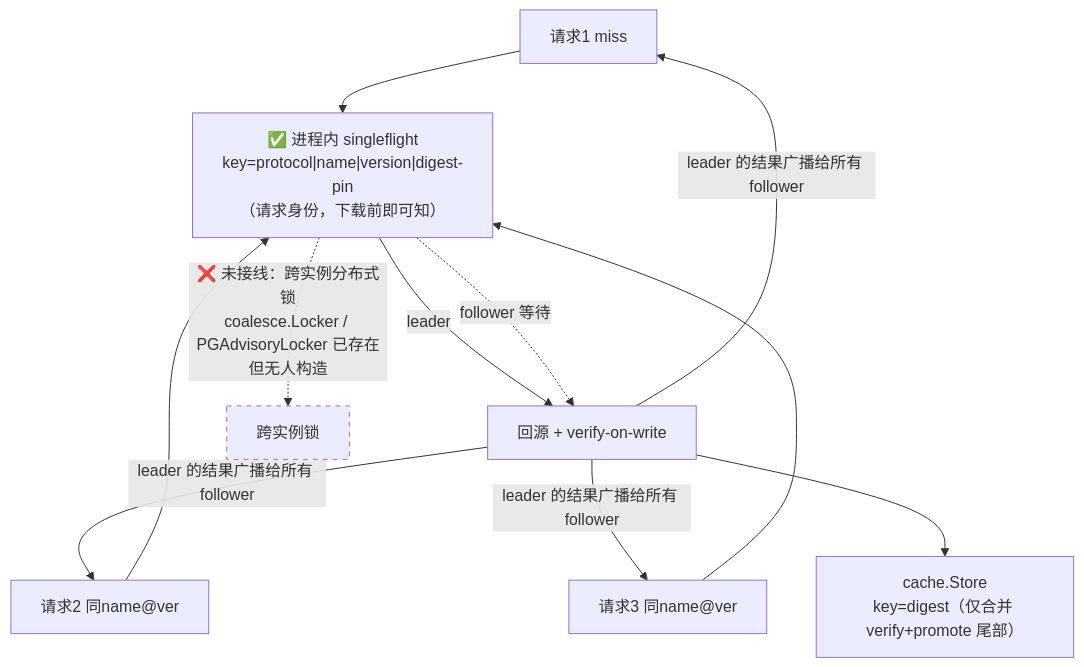
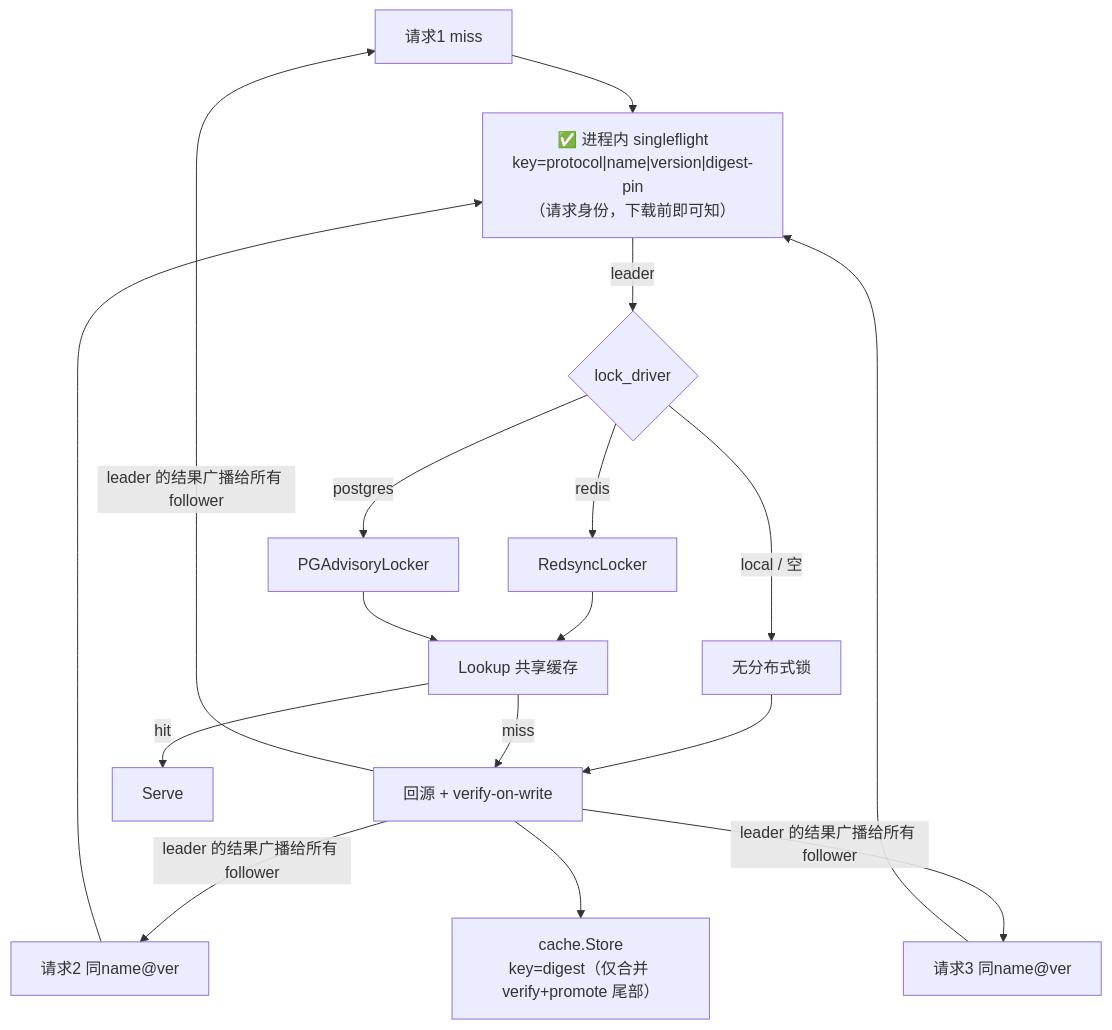
Before and after one commit to ivanzzeth/specula: the sixth of 10 diagrams in docs/ARCHITECTURE.md, drawn with Mermaid. The commit also changed other lines of this file and 11 other files, not shown here.

First line of the commit message:
feat(v0.11): wire PGAdvisoryLocker for Redis-free HA coalesce

````diff
--- a/docs/ARCHITECTURE.md
+++ b/docs/ARCHITECTURE.md
@@ -326,10 +325,14 @@
 ```mermaid
 graph TB
     r1[请求1 miss] & r2[请求2 同name@ver] & r3[请求3 同name@ver] --> sf["✅ 进程内 singleflight<br/>key=protocol|name|version|digest-pin<br/>（请求身份，下载前即可知）"]
-    sf -->|leader| fetch[回源 + verify-on-write]
-    sf -.->|follower 等待| fetch
+    sf -->|leader| lock{"lock_driver"}
+    lock -->|redis| rs[RedsyncLocker]
+    lock -->|postgres| pg[PGAdvisoryLocker]
+    lock -->|local / 空| none[无分布式锁]
+    rs & pg --> recheck[Lookup 共享缓存]
+    none --> fetch
+    recheck -->|hit| serve[Serve]
+    recheck -->|miss| fetch[回源 + verify-on-write]
     fetch -->|leader 的结果广播给所有 follower| r1 & r2 & r3
     fetch --> store["cache.Store<br/>key=digest（仅合并 verify+promote 尾部）"]
-    sf -.->|"❌ 未接线：跨实例分布式锁<br/>coalesce.Locker / PGAdvisoryLocker 已存在但无人构造"| dl[跨实例锁]
-    style dl stroke-dasharray: 5 5
 ```
````
